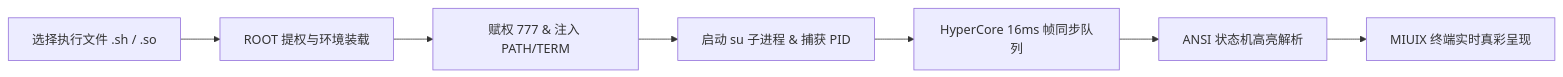
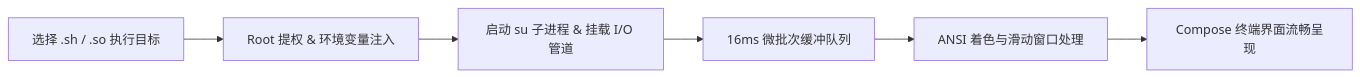
Before and after one commit to KernelExtend/KernelEX: the diagram in README.md, drawn with Mermaid. The commit also changed other lines of this file, not shown here.

````diff
--- a/README.md
+++ b/README.md
@@ -62,9 +65,8 @@
 ```mermaid
 graph LR
-    A[选择执行文件 .sh / .so] --> B[ROOT 提权与环境装载]
-    B --> C[赋权 777 & 注入 PATH/TERM]
-    C --> D[启动 su 子进程 & 捕获 PID]
-    D --> E[HyperCore 16ms 帧同步队列]
-    E --> F[ANSI 状态机高亮解析]
-    F --> G[MIUIX 终端实时真彩呈现]
+    A[选择 .sh / .so 执行目标] --> B[Root 提权 & 环境变量注入]
+    B --> C[启动 su 子进程 & 挂载 I/O 管道]
+    C --> D[16ms 微批次缓冲队列]
+    D --> E[ANSI 着色与滑动窗口处理]
+    E --> F[Compose 终端界面流畅呈现]
 ```
````
